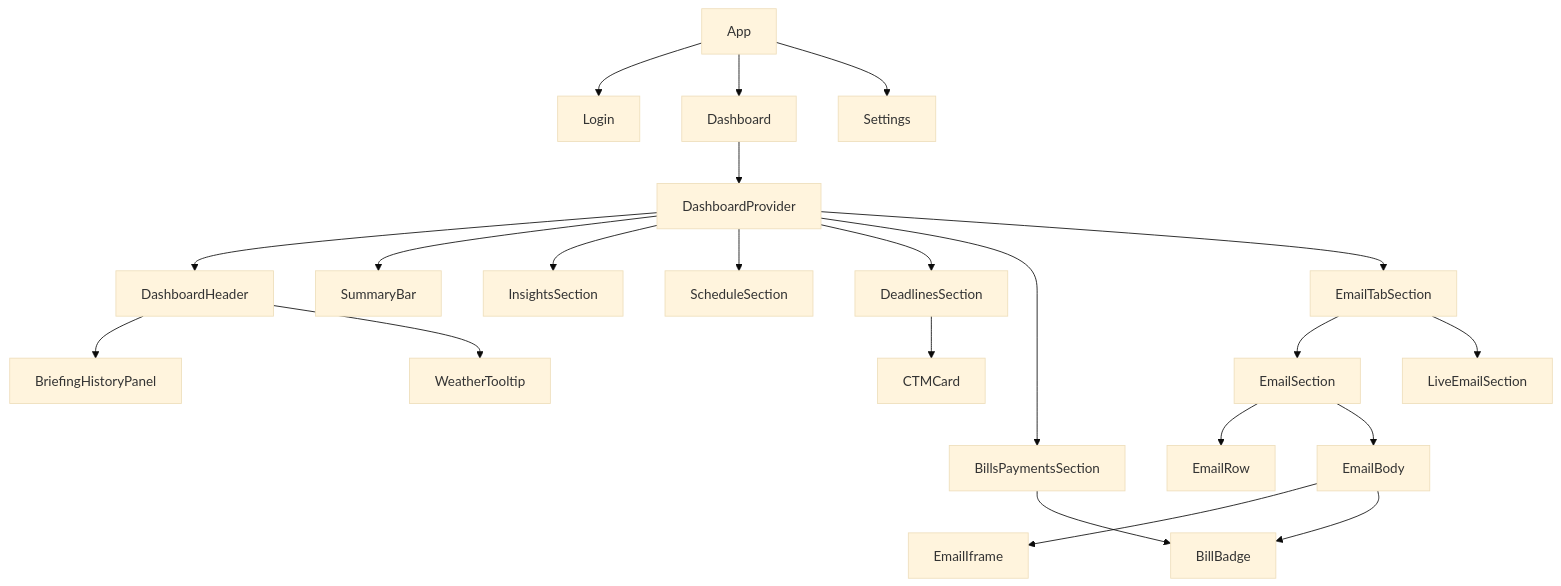
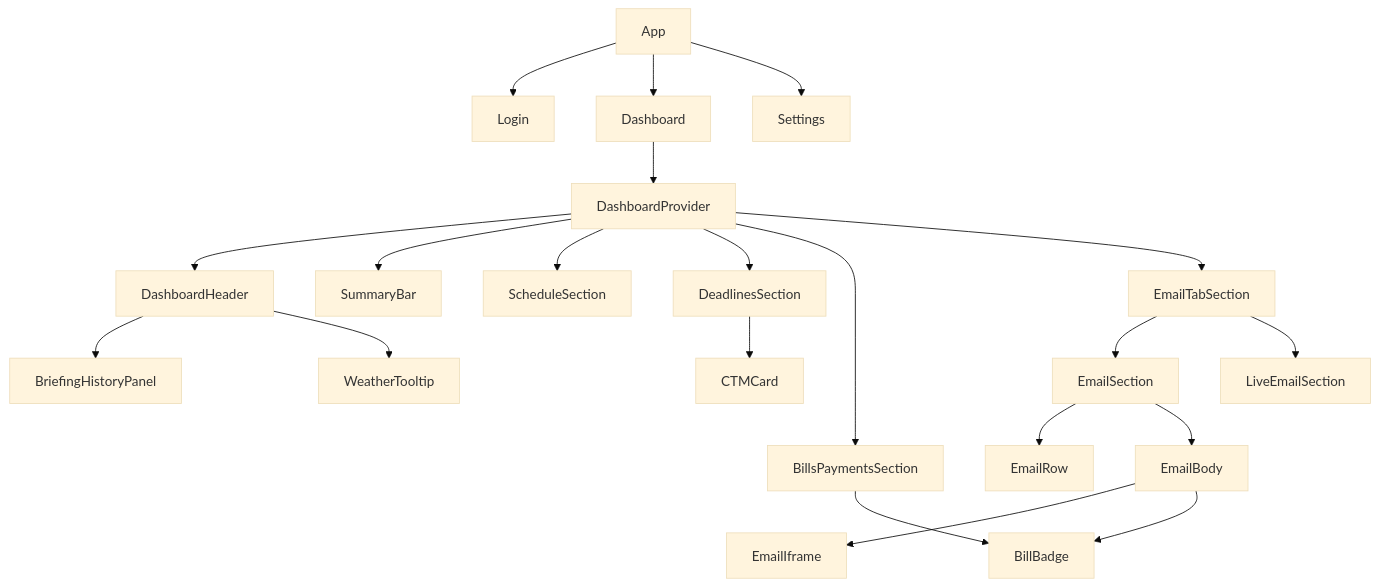
The second of 7 diagrams in ARCHITECTURE.md (ansidian/Setpoint), drawn with Mermaid (base theme) before and after one commit. The commit also changed other lines of this file and 87 other files, not shown here.

````diff
--- a/ARCHITECTURE.md
+++ b/ARCHITECTURE.md
@@ -184,29 +182,28 @@
 ```mermaid
 graph TD
     App --> Login
     App --> Dashboard
     App --> Settings
 
     Dashboard --> DashboardProvider
     DashboardProvider --> DashboardHeader
     DashboardProvider --> SummaryBar
-    DashboardProvider --> InsightsSection
     DashboardProvider --> ScheduleSection
     DashboardProvider --> DeadlinesSection
     DashboardProvider --> BillsPaymentsSection
     DashboardProvider --> EmailTabSection
 
     DashboardHeader --> BriefingHistoryPanel
     DashboardHeader --> WeatherTooltip
 
     EmailTabSection --> EmailSection
     EmailTabSection --> LiveEmailSection
     EmailSection --> EmailRow
     EmailSection --> EmailBody
     EmailBody --> EmailIframe
     EmailBody --> BillBadge
 
     DeadlinesSection --> CTMCard
 
     BillsPaymentsSection --> BillBadge
 ```
````
